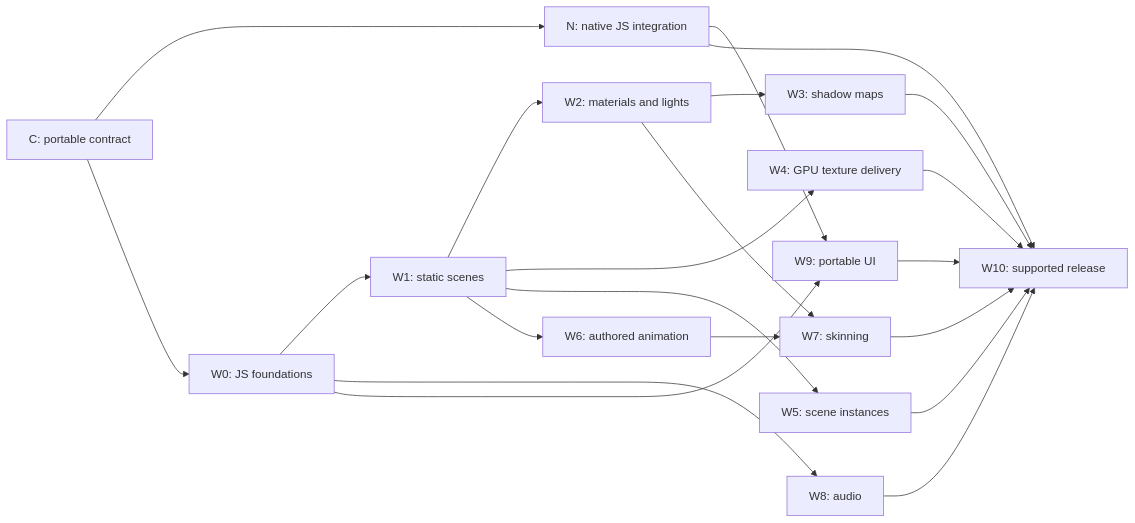
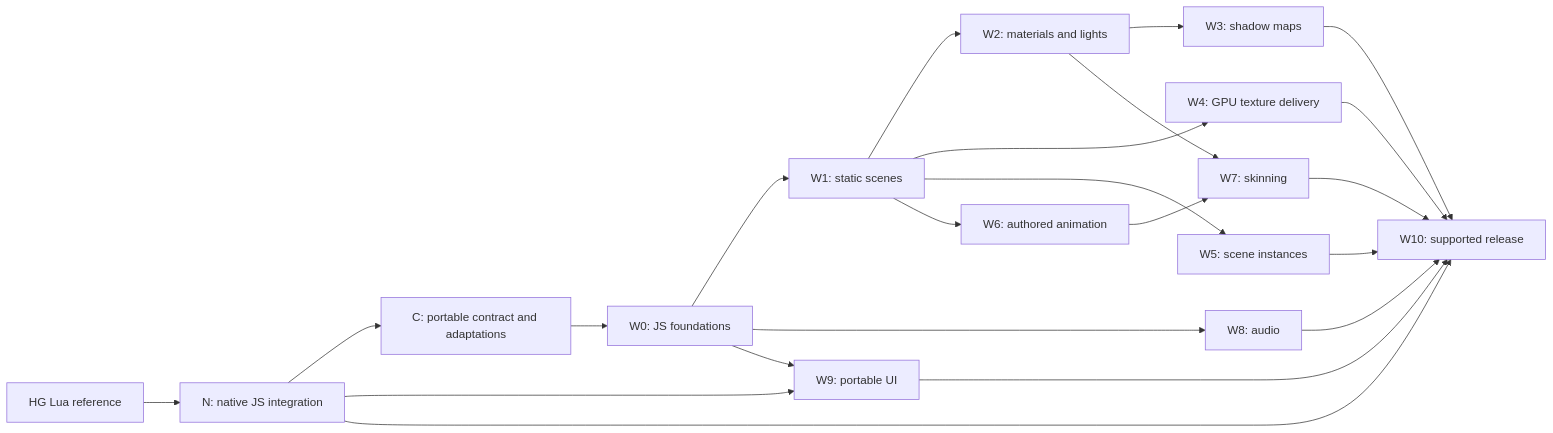
One commit to astrofra/harfang3d changed the diagram in specifications/SPECS_HYBRID_CPP_JS_WEBGL_DELIVERY_SLICES.md. Above: the diagram before and after it, drawn with Mermaid. The commit also changed other lines of this file and 26 other files, not shown here.

````diff
--- a/specifications/SPECS_HYBRID_CPP_JS_WEBGL_DELIVERY_SLICES.md
+++ b/specifications/SPECS_HYBRID_CPP_JS_WEBGL_DELIVERY_SLICES.md
@@ -29,23 +44,24 @@
 ```mermaid
 flowchart LR
-    C[C: portable contract] --> N[N: native JS integration]
+    Lua[HG Lua reference] --> N[N: native JS integration]
+    N --> C[C: portable contract and adaptations]
     C --> W0[W0: JS foundations]
     W0 --> W1[W1: static scenes]
     W1 --> W2[W2: materials and lights]
     W2 --> W3[W3: shadow maps]
     W1 --> W4[W4: GPU texture delivery]
     W1 --> W5[W5: scene instances]
     W1 --> W6[W6: authored animation]
     W6 --> W7[W7: skinning]
     W2 --> W7
     W0 --> W8[W8: audio]
     W0 --> W9[W9: portable UI]
     N --> W9
     N --> W10[W10: supported release]
     W3 --> W10
     W4 --> W10
     W5 --> W10
     W7 --> W10
     W8 --> W10
     W9 --> W10
 ```
````
